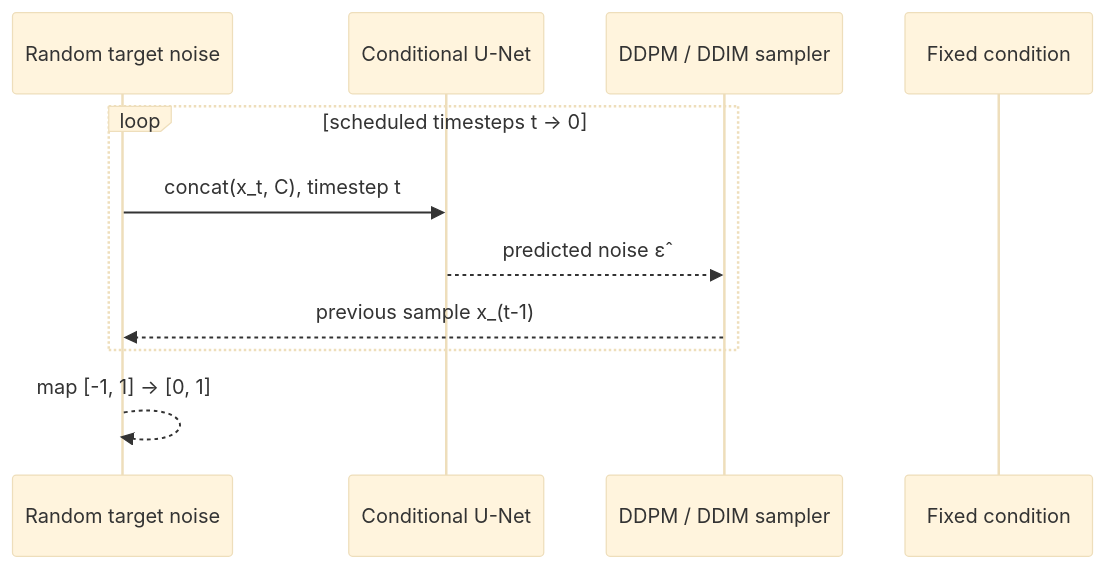
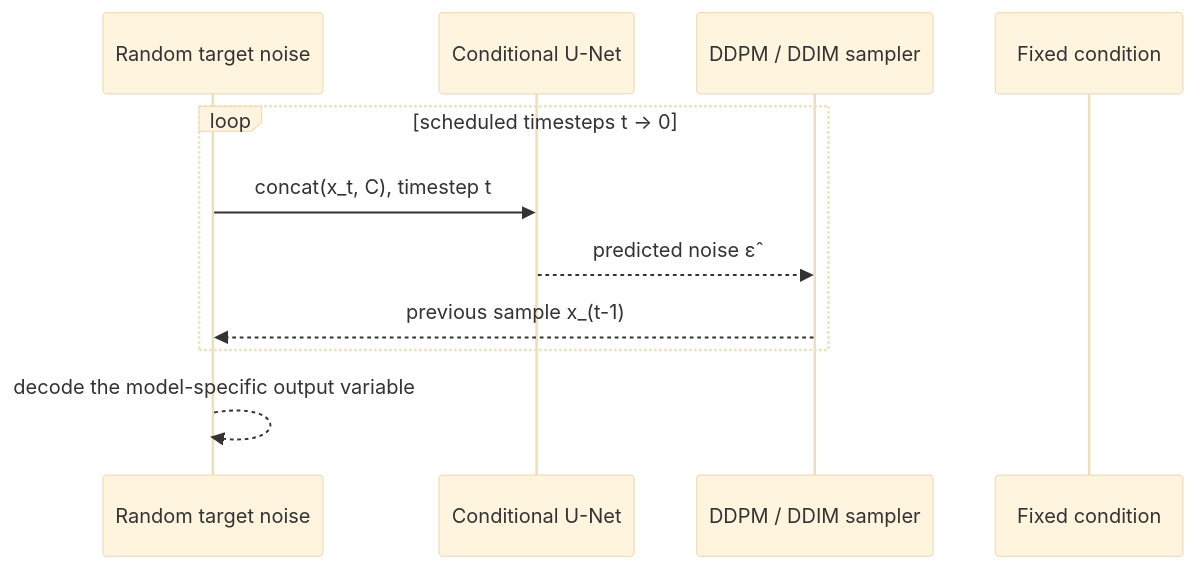
The diagram in docs/concepts/diffusion-primer.md (simon-donike/geo2wf), drawn with Mermaid (base theme) before and after one commit. The commit also changed other lines of this file and 37 other files, not shown here.

````diff
--- a/docs/concepts/diffusion-primer.md
+++ b/docs/concepts/diffusion-primer.md
@@ -38,13 +47,13 @@
 ```mermaid
 sequenceDiagram
   participant Z as Random target noise
   participant U as Conditional U-Net
   participant S as DDPM / DDIM sampler
   participant C as Fixed condition
   loop scheduled timesteps t → 0
     Z->>U: concat(x_t, C), timestep t
     U-->>S: predicted noise ε̂
     S-->>Z: previous sample x_(t-1)
   end
-  Z-->>Z: map [-1, 1] → [0, 1]
+  Z-->>Z: decode the model-specific output variable
 ```
````
